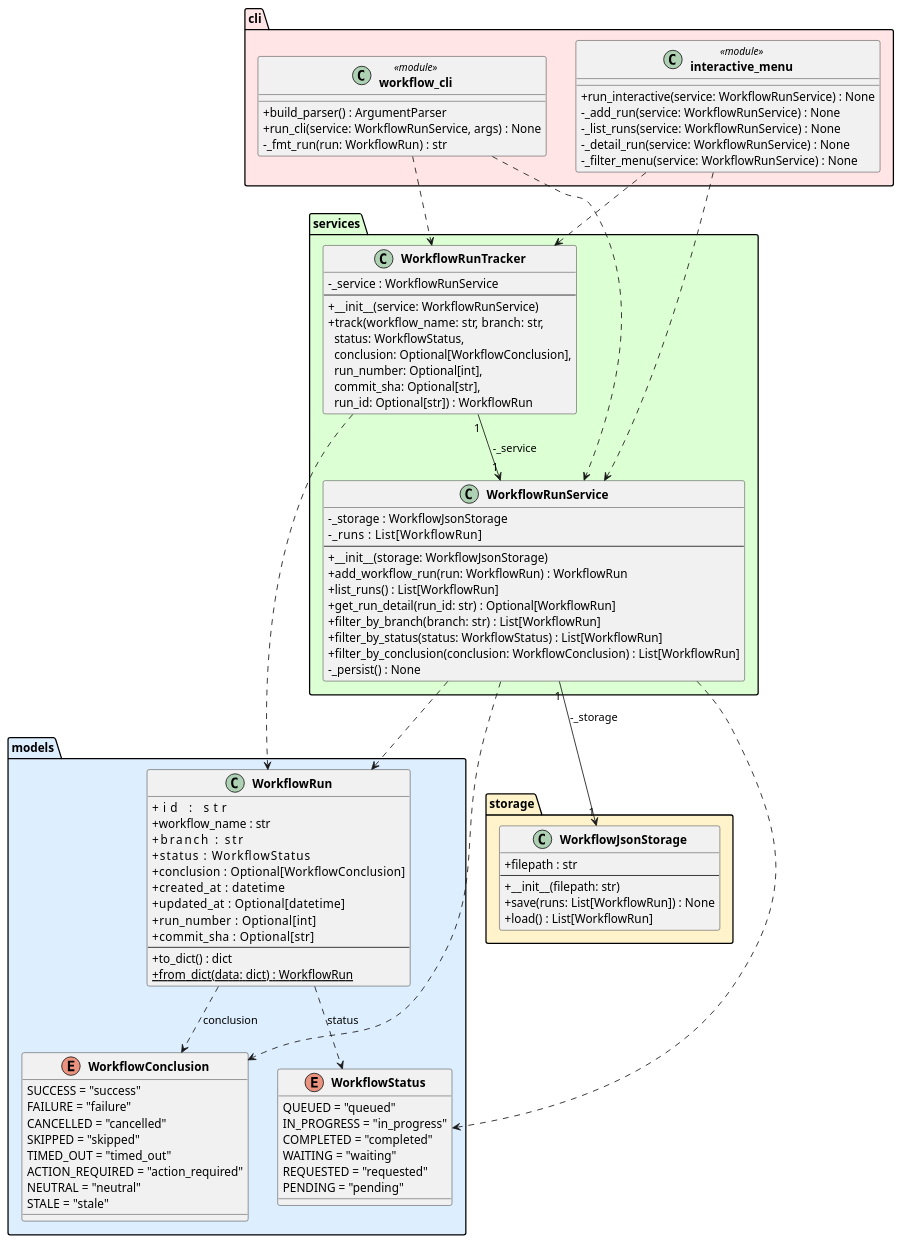
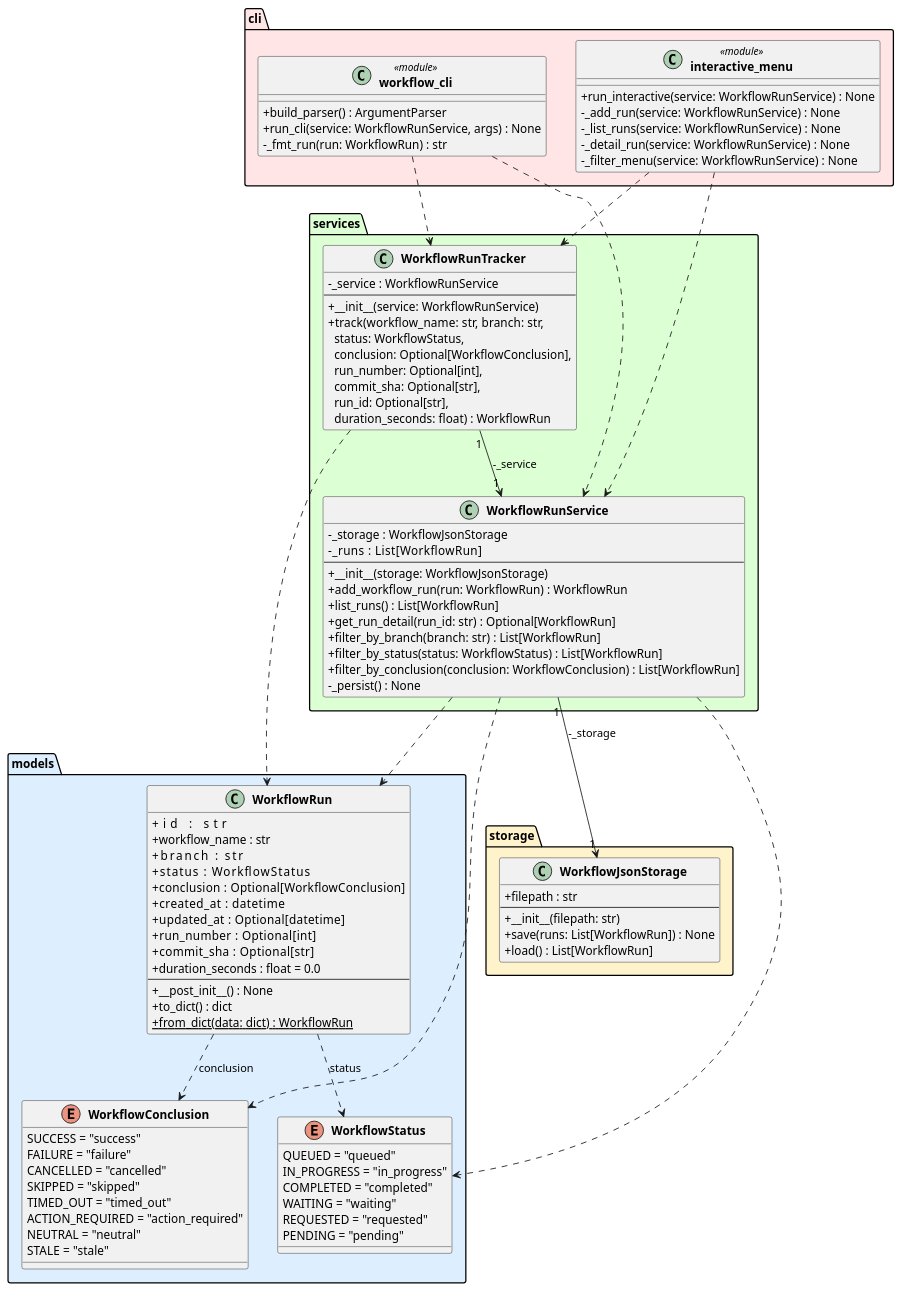
Before and after one commit to DanielRiha8906/Software_autoevolution_using_agents: the diagram in experiments/pipeline/user_stories/github-workflow-manager/artifacts/class_diagram.puml, drawn with PlantUML. The commit also changed 8 other files, not shown here.

First line of the commit message:
task 01: Add duration_seconds attribute to WorkflowRun

```diff
--- a/experiments/pipeline/user_stories/github-workflow-manager/artifacts/class_diagram.puml
+++ b/experiments/pipeline/user_stories/github-workflow-manager/artifacts/class_diagram.puml
@@ -1,105 +1,107 @@
 @startuml class_diagram
 
 skinparam classAttributeIconSize 0
 skinparam classFontStyle bold
 
 package "models" #DDEEFF {
     enum WorkflowStatus {
         QUEUED = "queued"
         IN_PROGRESS = "in_progress"
         COMPLETED = "completed"
         WAITING = "waiting"
         REQUESTED = "requested"
         PENDING = "pending"
     }
 
     enum WorkflowConclusion {
         SUCCESS = "success"
         FAILURE = "failure"
         CANCELLED = "cancelled"
         SKIPPED = "skipped"
         TIMED_OUT = "timed_out"
         ACTION_REQUIRED = "action_required"
         NEUTRAL = "neutral"
         STALE = "stale"
     }
 
     class WorkflowRun {
         +id            : str
         +workflow_name : str
         +branch        : str
         +status        : WorkflowStatus
         +conclusion    : Optional[WorkflowConclusion]
         +created_at    : datetime
         +updated_at    : Optional[datetime]
         +run_number    : Optional[int]
         +commit_sha    : Optional[str]
+        +duration_seconds : float = 0.0
         --
+        +__post_init__() : None
         +to_dict() : dict
         +{static} from_dict(data: dict) : WorkflowRun
     }
 }
 
 package "storage" #FFF3CC {
     class WorkflowJsonStorage {
         +filepath : str
         --
         +__init__(filepath: str)
         +save(runs: List[WorkflowRun]) : None
         +load() : List[WorkflowRun]
     }
 }
 
 package "services" #DDFFD4 {
     class WorkflowRunService {
         -_storage : WorkflowJsonStorage
         -_runs    : List[WorkflowRun]
         --
         +__init__(storage: WorkflowJsonStorage)
         +add_workflow_run(run: WorkflowRun) : WorkflowRun
         +list_runs() : List[WorkflowRun]
         +get_run_detail(run_id: str) : Optional[WorkflowRun]
         +filter_by_branch(branch: str) : List[WorkflowRun]
         +filter_by_status(status: WorkflowStatus) : List[WorkflowRun]
         +filter_by_conclusion(conclusion: WorkflowConclusion) : List[WorkflowRun]
         -_persist() : None
     }
 
     class WorkflowRunTracker {
         -_service : WorkflowRunService
         --
         +__init__(service: WorkflowRunService)
-        +track(workflow_name: str, branch: str,\n  status: WorkflowStatus,\n  conclusion: Optional[WorkflowConclusion],\n  run_number: Optional[int],\n  commit_sha: Optional[str],\n  run_id: Optional[str]) : WorkflowRun
+        +track(workflow_name: str, branch: str,\n  status: WorkflowStatus,\n  conclusion: Optional[WorkflowConclusion],\n  run_number: Optional[int],\n  commit_sha: Optional[str],\n  run_id: Optional[str],\n  duration_seconds: float) : WorkflowRun
     }
 }
 
 package "cli" #FFE5E5 {
     class "workflow_cli" <<module>> {
         +build_parser() : ArgumentParser
         +run_cli(service: WorkflowRunService, args) : None
         -_fmt_run(run: WorkflowRun) : str
     }
 
     class "interactive_menu" <<module>> {
         +run_interactive(service: WorkflowRunService) : None
         -_add_run(service: WorkflowRunService) : None
         -_list_runs(service: WorkflowRunService) : None
         -_detail_run(service: WorkflowRunService) : None
         -_filter_menu(service: WorkflowRunService) : None
     }
 }
 
 WorkflowRun                ..>  WorkflowStatus        : status
 WorkflowRun                ..>  WorkflowConclusion    : conclusion
 WorkflowRunService    "1" --> "1" WorkflowJsonStorage : -_storage
 WorkflowRunService         ..>  WorkflowRun
 WorkflowRunService         ..>  WorkflowStatus
 WorkflowRunService         ..>  WorkflowConclusion
 WorkflowRunTracker    "1" --> "1" WorkflowRunService  : -_service
 WorkflowRunTracker         ..>  WorkflowRun
 "workflow_cli"             ..>  WorkflowRunService
 "workflow_cli"             ..>  WorkflowRunTracker
 "interactive_menu"         ..>  WorkflowRunService
 "interactive_menu"         ..>  WorkflowRunTracker
 
 @enduml
```
